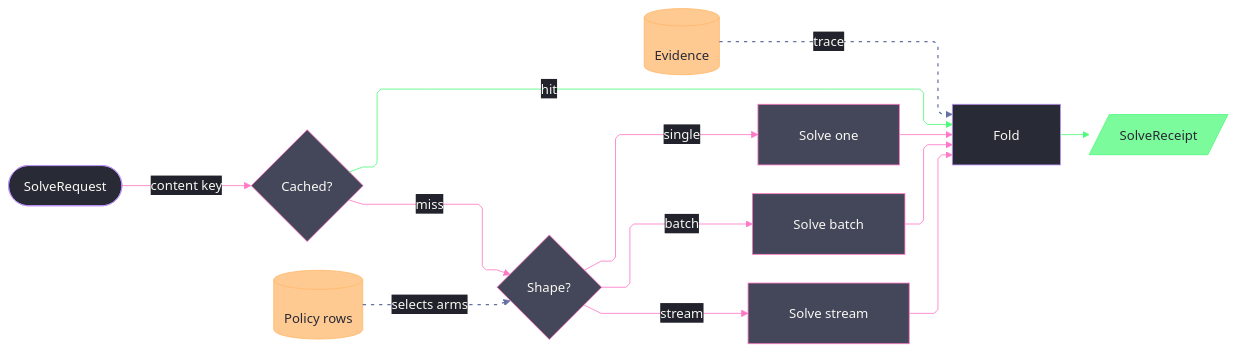
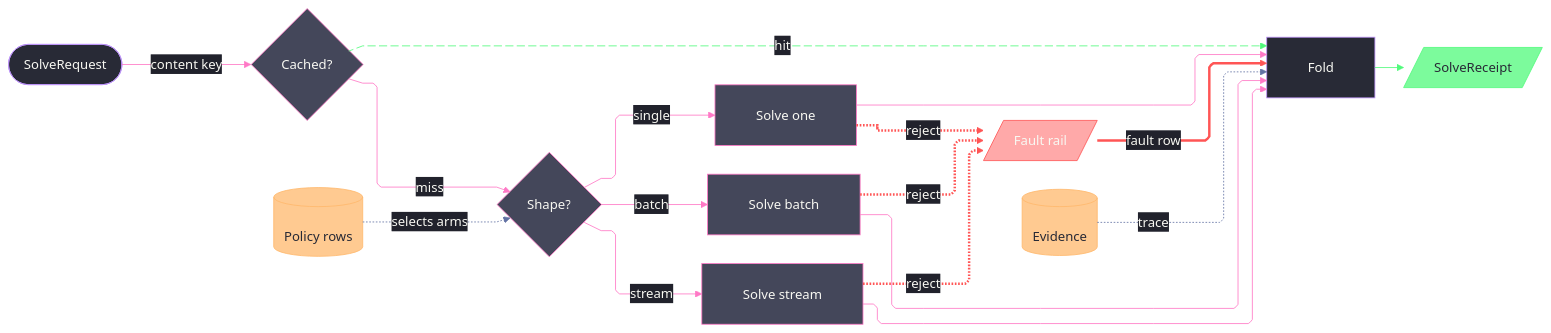
The diagram in .claude/skills/mermaid-diagramming/templates/logic-flow.mmd.md (bsamiee/Rasm), drawn with Mermaid before and after one commit. The commit also changed other lines of this file and 26 other files, not shown here.

First line of the commit message:
skill: mermaid-diagramming full-estate rebuild — 26-attacker adversarial audit, 11.16 alignment, hardened gates

````diff
--- a/.claude/skills/mermaid-diagramming/templates/logic-flow.mmd.md
+++ b/.claude/skills/mermaid-diagramming/templates/logic-flow.mmd.md
@@ -5,51 +5,61 @@
 ```mermaid
 ---
 config:
   theme: base
   look: classic
   layout: elk
   flowchart:
     curve: linear
     padding: 25
   themeVariables:
     darkMode: true
     fontFamily: "SF Mono, Menlo, Cascadia Mono, Segoe UI Mono, Consolas, monospace"
     useGradient: false
     dropShadow: "none"
     background: "#282A36"
     primaryColor: "#44475A"
     primaryTextColor: "#F8F8F2"
     primaryBorderColor: "#BD93F9"
     lineColor: "#FF79C6"
     textColor: "#F8F8F2"
     edgeLabelBackground: "#21222C"
     labelBackgroundColor: "#21222C"
   themeCSS: ".nodeLabel{font-size:13px;font-weight:500}.edgeLabel{font-size:12px;font-weight:500}.cluster-label .nodeLabel{font-size:13.5px;font-weight:700;letter-spacing:.08em}.edge-thickness-normal{stroke-width:2px}.edge-thickness-thick{stroke-width:3px}.edge-pattern-dashed,.edge-pattern-dotted{stroke-width:1.5px;stroke-dasharray:4 6}.node rect,.node circle,.node polygon,.node path,.node .outer-path{stroke-width:1.5px;filter:none!important}.cluster rect{stroke-width:1px!important;stroke-dasharray:5 4!important;filter:none!important}.marker path{transform:scale(.8);transform-origin:5px 5px}.marker circle{transform:scale(.48);transform-origin:5px 5px}.edgeLabel rect{transform-box:fill-box;transform-origin:center;transform:scale(1.1,1.2)}"
 ---
 flowchart LR
     accTitle: Solve dispatch and fold
-    accDescr: One compute entry discriminating input shape into three policy-selected arms behind a content-key cache, folding into a merge that yields one solver receipt, with a dotted evidence trace feeding the fold.
+    accDescr: One compute entry discriminating input shape into three policy-selected arms behind an animated content-key cache short-circuit, arm rejects converging on one red fault rail that rejoins the fold, and a dotted evidence trace feeding the single solver receipt.
     In([SolveRequest]) -->|"content key"| Hit{Cached?}
-    Hit -->|"hit"| Fold
+    Hit e1@-->|"hit"| Fold
     Hit -->|"miss"| Shape{Shape?}
-    Policy[(Policy rows)] -.->|"selects arms"| Shape
+    Policy[(Policy rows)] e2@-.->|"selects arms"| Shape
     Shape -->|"single"| ArmA[Solve one]
     Shape -->|"batch"| ArmB[Solve batch]
     Shape -->|"stream"| ArmC[Solve stream]
     ArmA --> Fold[Fold]
     ArmB --> Fold
     ArmC --> Fold
-    Fold --> Receipt[/SolveReceipt/]
-    Evidence[(Evidence)] -.->|"trace"| Fold
-    linkStyle 1 stroke:#50FA7B,color:#F8F8F2
-    linkStyle 3,11 stroke:#6272A4,color:#F8F8F2,stroke-width:1.5px,stroke-dasharray:4 6
-    linkStyle 10 stroke:#50FA7B,color:#F8F8F2
+    ArmA e3@-.->|"reject"| Fault[/Fault rail/]
+    ArmB e4@-.->|"reject"| Fault
+    ArmC e5@-.->|"reject"| Fault
+    Fault e6@-->|"fault row"| Fold
+    Fold e7@--> Receipt[/SolveReceipt/]
+    Evidence[(Evidence)] e8@-.->|"trace"| Fold
+    e1@{ animate: true }
     classDef primary fill:#44475A,stroke:#FF79C6,color:#F8F8F2
     classDef success fill:#50FA7BBF,stroke:#50FA7B,color:#282A36
+    classDef error fill:#FF555580,stroke:#FF5555,color:#F8F8F2
     classDef data fill:#FFB86CBF,stroke:#FFB86C,color:#282A36
     classDef boundary fill:#282A36,stroke:#BD93F9,color:#F8F8F2
+    classDef edgeSuccess stroke:#50FA7B,color:#F8F8F2
+    classDef edgeError stroke:#FF5555,stroke-width:3px,color:#F8F8F2
+    classDef edgeTrace stroke:#6272A4,color:#F8F8F2
     class ArmA,ArmB,ArmC,Shape,Hit primary
     class Receipt success
+    class Fault error
     class Policy,Evidence data
     class In,Fold boundary
+    class e1,e7 edgeSuccess
+    class e2,e8 edgeTrace
+    class e3,e4,e5,e6 edgeError
 ```
````
